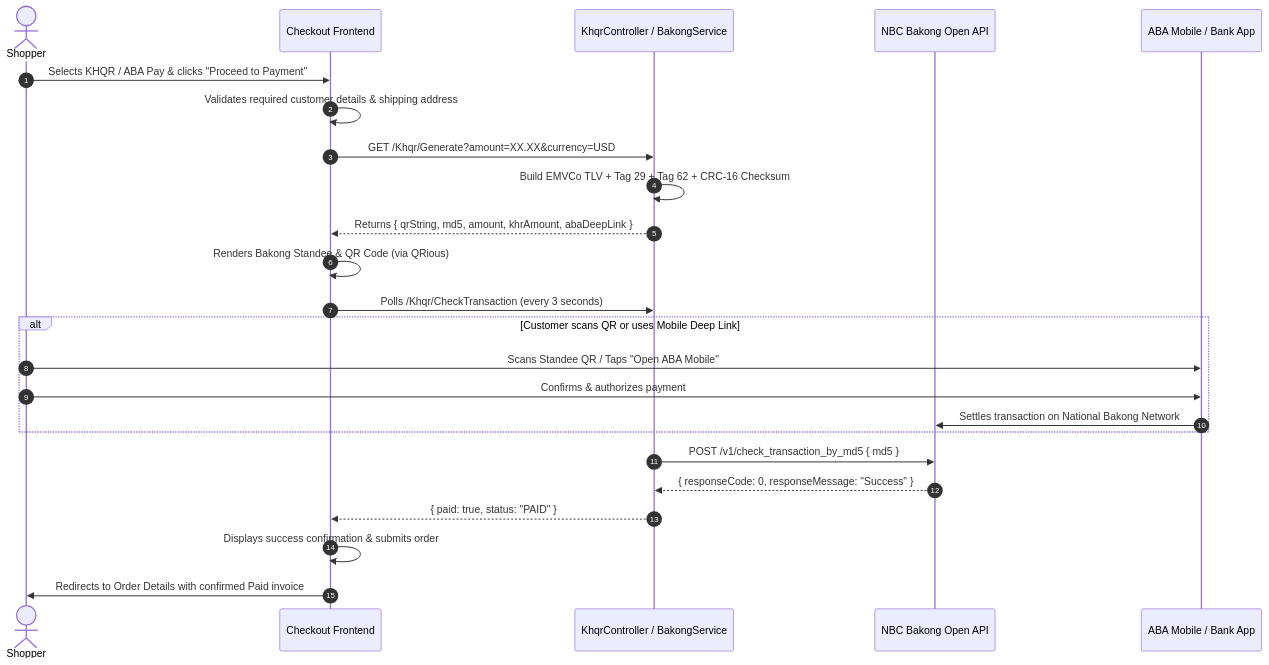
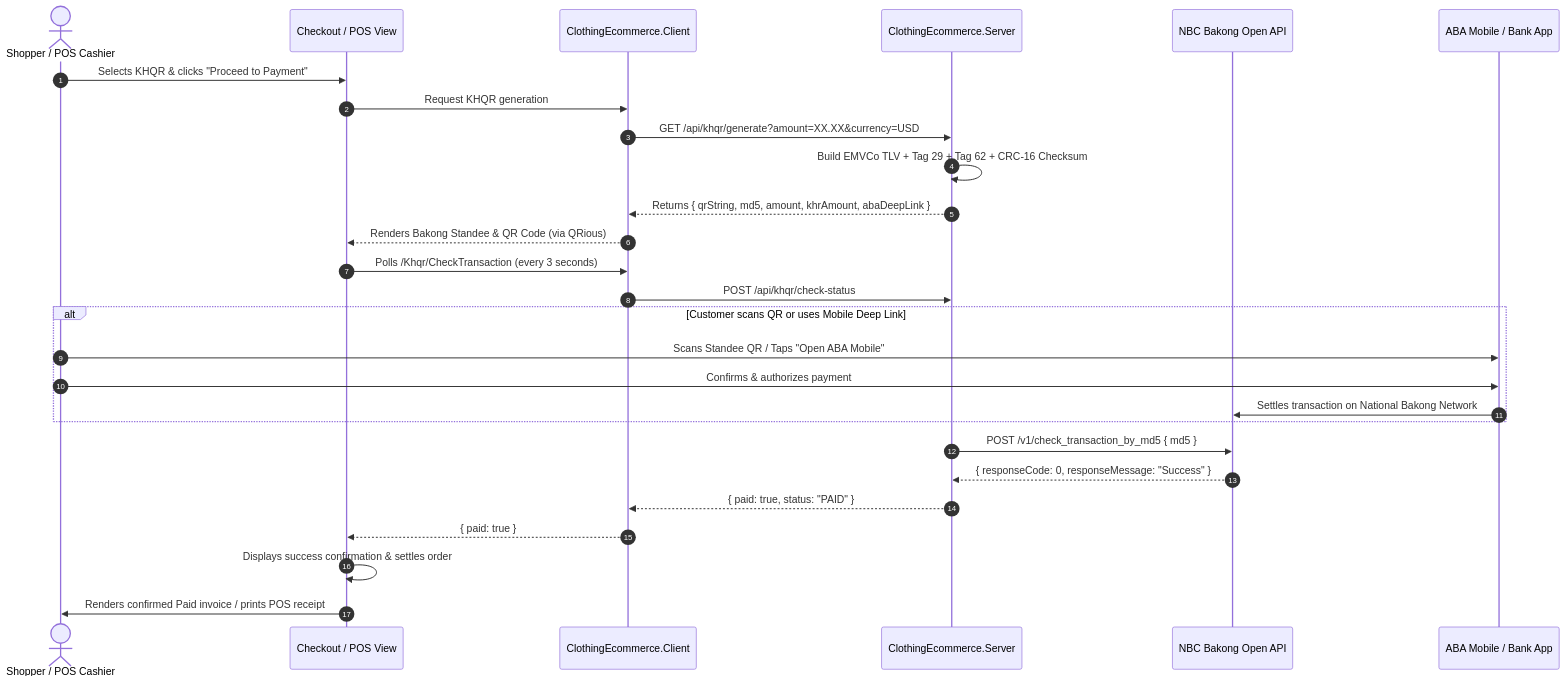
One commit to Sophiram/clothing_ecommerce_csharp changed the diagram in README.md. Above: the diagram before and after it, drawn with Mermaid. The commit also changed other lines of this file, not shown here.

Commit message:
docs: update README with decoupled architecture, POS system, and execution guides

````diff
--- a/README.md
+++ b/README.md
@@ -262,29 +323,32 @@
 ```mermaid
 sequenceDiagram
     autonumber
-    actor Customer as Shopper
-    participant UI as Checkout Frontend
-    participant Server as KhqrController / BakongService
+    actor Customer as Shopper / POS Cashier
+    participant UI as Checkout / POS View
+    participant Client as ClothingEcommerce.Client
+    participant Server as ClothingEcommerce.Server
     participant Bakong as NBC Bakong Open API
     participant App as ABA Mobile / Bank App
 
-    Customer->>UI: Selects KHQR / ABA Pay & clicks "Proceed to Payment"
-    UI->>UI: Validates required customer details & shipping address
-    UI->>Server: GET /Khqr/Generate?amount=XX.XX&currency=USD
+    Customer->>UI: Selects KHQR & clicks "Proceed to Payment"
+    UI->>Client: Request KHQR generation
+    Client->>Server: GET /api/khqr/generate?amount=XX.XX&currency=USD
     Server->>Server: Build EMVCo TLV + Tag 29 + Tag 62 + CRC-16 Checksum
-    Server-->>UI: Returns { qrString, md5, amount, khrAmount, abaDeepLink }
-    UI->>UI: Renders Bakong Standee & QR Code (via QRious)
-    UI->>Server: Polls /Khqr/CheckTransaction (every 3 seconds)
+    Server-->>Client: Returns { qrString, md5, amount, khrAmount, abaDeepLink }
+    Client-->>UI: Renders Bakong Standee & QR Code (via QRious)
+    UI->>Client: Polls /Khqr/CheckTransaction (every 3 seconds)
+    Client->>Server: POST /api/khqr/check-status
     
     alt Customer scans QR or uses Mobile Deep Link
         Customer->>App: Scans Standee QR / Taps "Open ABA Mobile"
         Customer->>App: Confirms & authorizes payment
         App->>Bakong: Settles transaction on National Bakong Network
     end
 
     Server->>Bakong: POST /v1/check_transaction_by_md5 { md5 }
     Bakong-->>Server: { responseCode: 0, responseMessage: "Success" }
-    Server-->>UI: { paid: true, status: "PAID" }
-    UI->>UI: Displays success confirmation & submits order
-    UI->>Customer: Redirects to Order Details with confirmed Paid invoice
+    Server-->>Client: { paid: true, status: "PAID" }
+    Client-->>UI: { paid: true }
+    UI->>UI: Displays success confirmation & settles order
+    UI->>Customer: Renders confirmed Paid invoice / prints POS receipt
 ```
````
